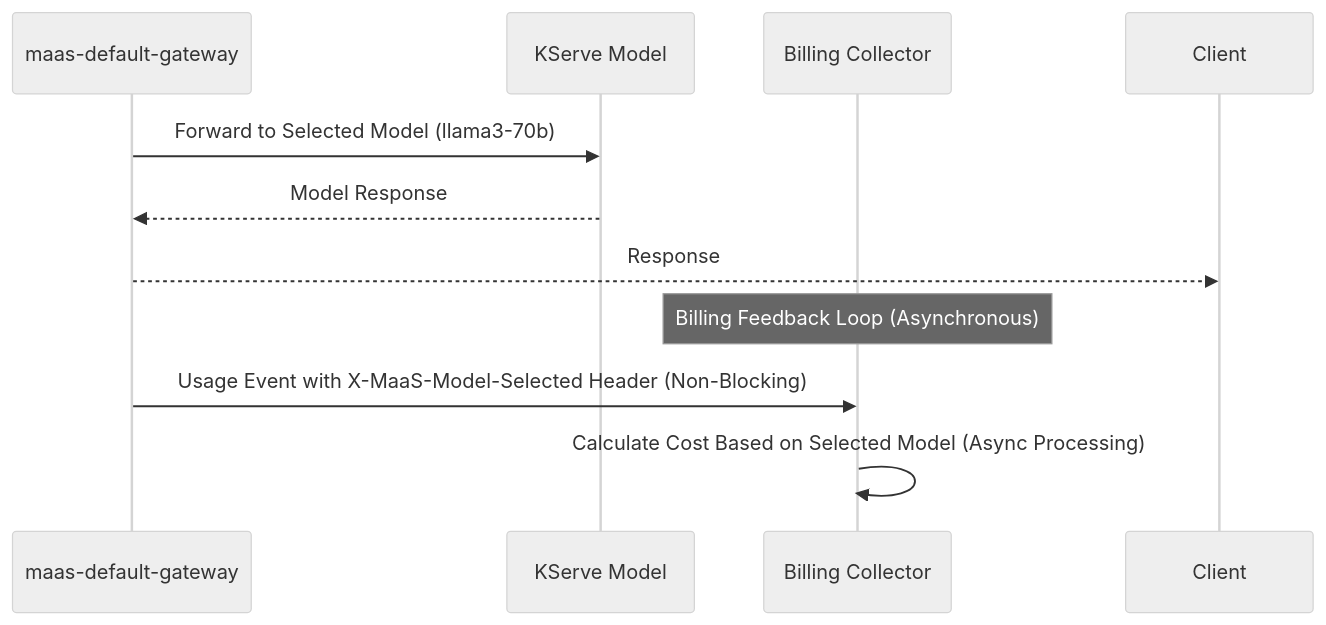
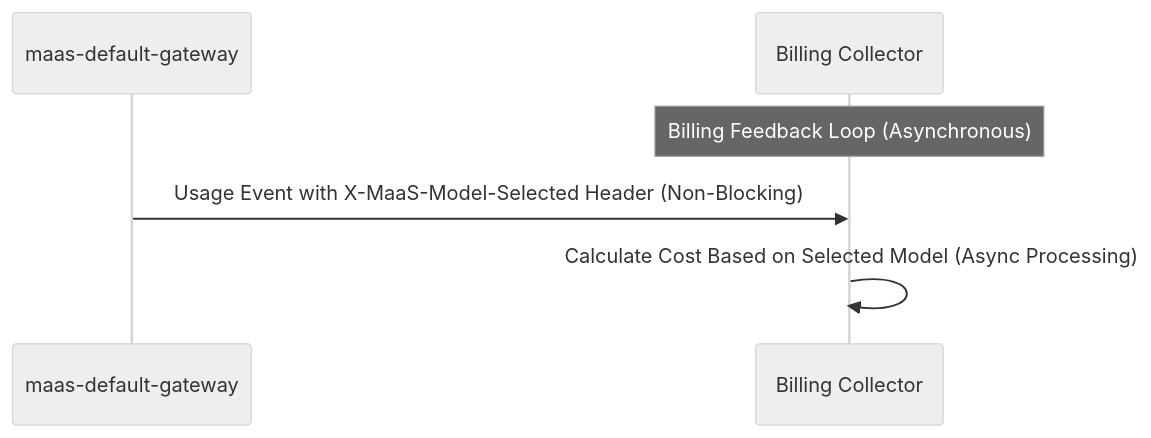
Before and after one commit to noyitz/maas-billing: diagram 13 of 13 in docs/designs/vSR-Integration/README.md, drawn with Mermaid (neutral theme). The commit also changed other lines of this file, not shown here.

First line of the commit message:
Simplify architecture: remove model-aware rate limiting complexity

````diff
--- a/docs/designs/vSR-Integration/README.md
+++ b/docs/designs/vSR-Integration/README.md
@@ -473,15 +469,9 @@
 ```mermaid
 sequenceDiagram
     participant Gateway as maas-default-gateway
-    participant KServe as KServe Model
     participant Billing as Billing Collector
-    participant Client
-    
-    Gateway->>KServe: Forward to Selected Model (llama3-70b)
-    KServe-->>Gateway: Model Response
-    Gateway-->>Client: Response
     
     Note over Billing: Billing Feedback Loop (Asynchronous)
     Gateway->>Billing: Usage Event with X-MaaS-Model-Selected Header (Non-Blocking)
     Billing->>Billing: Calculate Cost Based on Selected Model (Async Processing)
 ```
````
